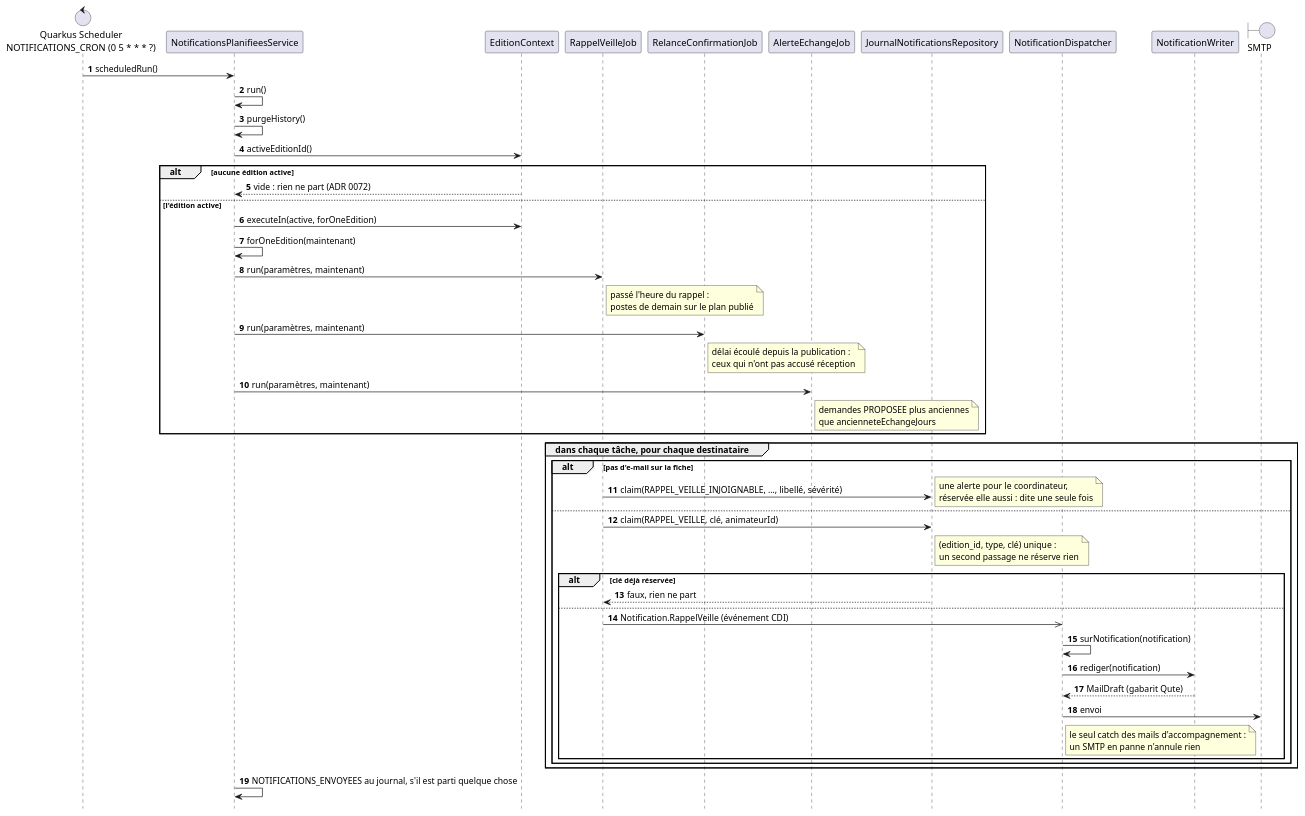
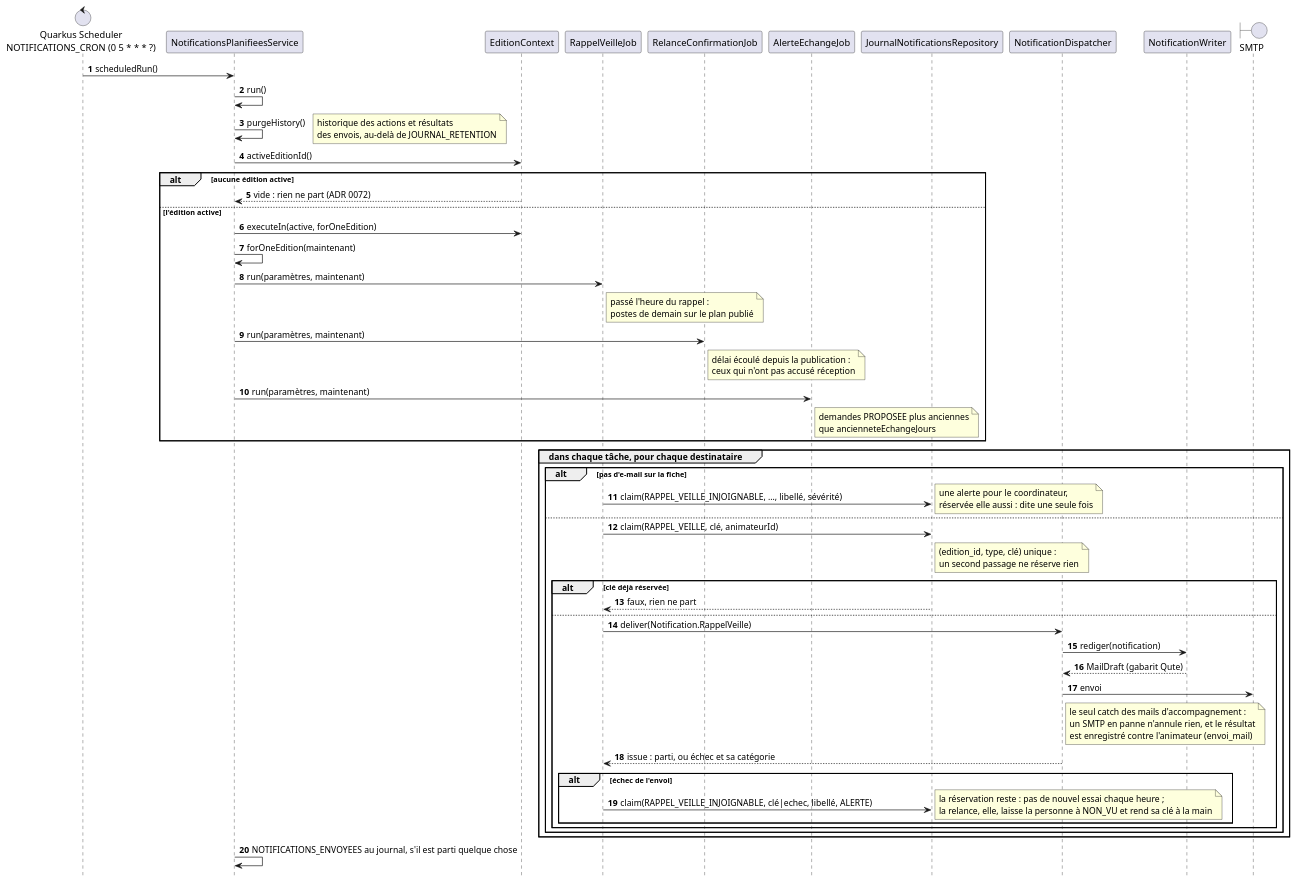
The diagram in docs/diagrammes/notifications-planifiees.puml (sylvainmetayer/planning-equipes), drawn with PlantUML before and after one commit. The commit also changed 74 other files, not shown here.

First line of the commit message:
feat: distinguer un échec d'envoi d'un animateur silencieux

```diff
--- a/docs/diagrammes/notifications-planifiees.puml
+++ b/docs/diagrammes/notifications-planifiees.puml
@@ -1,59 +1,66 @@
 @startuml
 ' L'envoi horaire : trois tâches, pour la seule édition active, lues sur le
 ' plan publié. Chaque envoi est d'abord réservé en base sur une clé : un
 ' passage de plus ne renvoie rien. Tout part en meilleur effort, par le
-' dispatcher. Voir docs/exploitation.md, « Les envois automatiques de nuit ».
+' dispatcher, qui rend l'issue au lieu de la lever : un échec laisse une
+' alerte et ne compte pas comme un envoi. Voir docs/exploitation.md, « Les
+' envois automatiques de nuit ».
 skinparam backgroundColor #FFFFFF
 skinparam responseMessageBelowArrow true
 hide footbox
 autonumber
 
 control "Quarkus Scheduler\nNOTIFICATIONS_CRON (0 5 * * * ?)" as cron
 participant NotificationsPlanifieesService as service
 participant EditionContext as contexte
 participant RappelVeilleJob as veille
 participant RelanceConfirmationJob as relance
 participant AlerteEchangeJob as alerte
 participant JournalNotificationsRepository as journal
 participant NotificationDispatcher as dispatcher
 participant NotificationWriter as redacteur
 boundary "SMTP" as smtp
 
 cron -> service : scheduledRun()
 service -> service : run()
 service -> service : purgeHistory()
+note right : historique des actions et résultats\ndes envois, au-delà de JOURNAL_RETENTION
 service -> contexte : activeEditionId()
 alt aucune édition active
   contexte --> service : vide : rien ne part (ADR 0072)
 else l'édition active
   service -> contexte : executeIn(active, forOneEdition)
   service -> service : forOneEdition(maintenant)
   service -> veille : run(paramètres, maintenant)
   note right of veille : passé l'heure du rappel :\npostes de demain sur le plan publié
   service -> relance : run(paramètres, maintenant)
   note right of relance : délai écoulé depuis la publication :\nceux qui n'ont pas accusé réception
   service -> alerte : run(paramètres, maintenant)
   note right of alerte : demandes PROPOSEE plus anciennes\nque ancienneteEchangeJours
 end
 
 group dans chaque tâche, pour chaque destinataire
   alt pas d'e-mail sur la fiche
     veille -> journal : claim(RAPPEL_VEILLE_INJOIGNABLE, …, libellé, sévérité)
     note right : une alerte pour le coordinateur,\nréservée elle aussi : dite une seule fois
   else
     veille -> journal : claim(RAPPEL_VEILLE, clé, animateurId)
     note right of journal : (edition_id, type, clé) unique :\nun second passage ne réserve rien
     alt clé déjà réservée
       journal --> veille : faux, rien ne part
     else
-      veille ->> dispatcher : Notification.RappelVeille (événement CDI)
-      dispatcher -> dispatcher : surNotification(notification)
+      veille -> dispatcher : deliver(Notification.RappelVeille)
       dispatcher -> redacteur : rediger(notification)
       redacteur --> dispatcher : MailDraft (gabarit Qute)
       dispatcher -> smtp : envoi
-      note right of dispatcher : le seul catch des mails d'accompagnement :\nun SMTP en panne n'annule rien
+      note right of dispatcher : le seul catch des mails d'accompagnement :\nun SMTP en panne n'annule rien, et le résultat\nest enregistré contre l'animateur (envoi_mail)
+      dispatcher --> veille : issue : parti, ou échec et sa catégorie
+      alt échec de l'envoi
+        veille -> journal : claim(RAPPEL_VEILLE_INJOIGNABLE, clé|echec, libellé, ALERTE)
+        note right : la réservation reste : pas de nouvel essai chaque heure ;\nla relance, elle, laisse la personne à NON_VU et rend sa clé à la main
+      end
     end
   end
 end
 service -> service : NOTIFICATIONS_ENVOYEES au journal, s'il est parti quelque chose
 @enduml
```
